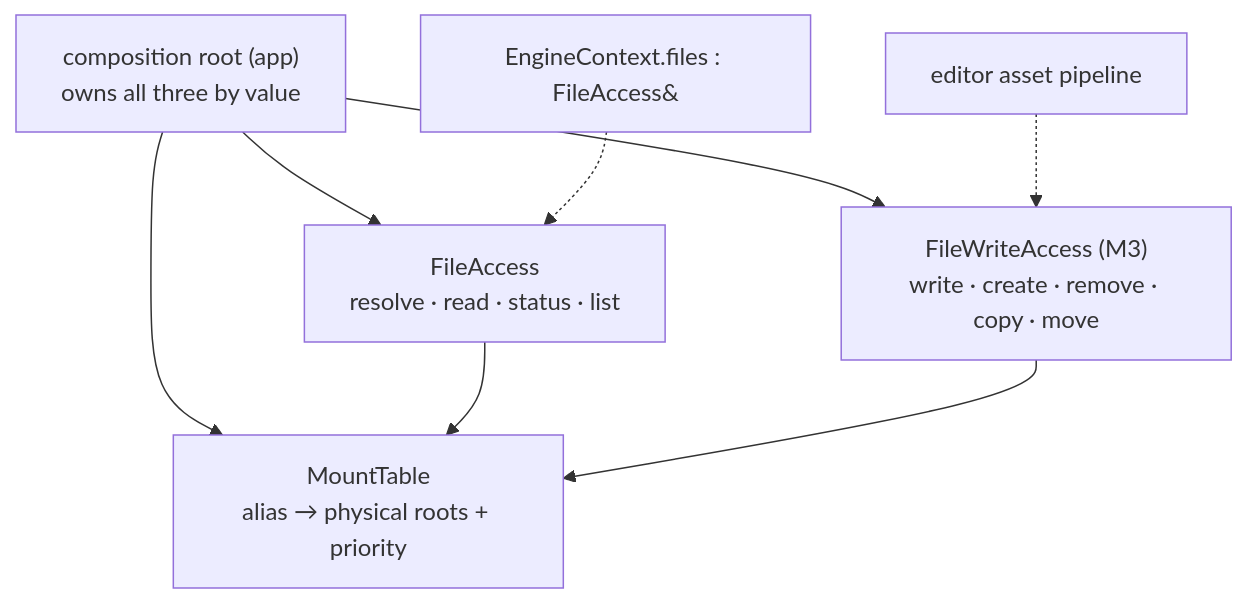
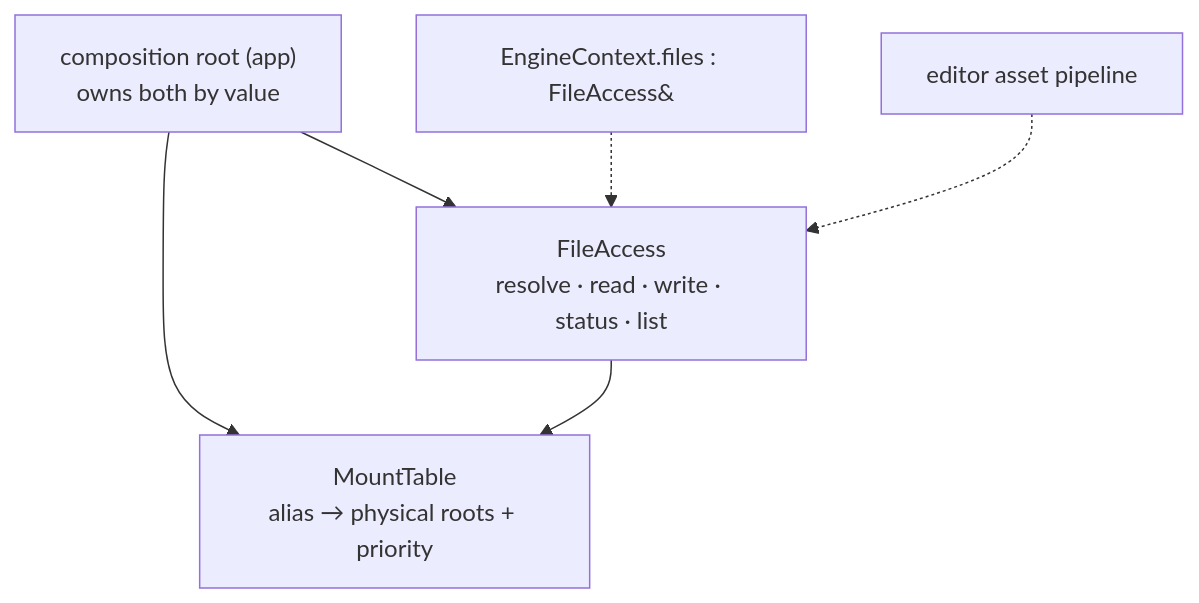
The diagram in 04 Design Docs/Utilities/File Access — Design.md (techattackteam/TechEngine-vault), drawn with Mermaid before and after one commit. The commit also changed other lines of this file and 6 other files, not shown here.

````diff
--- a/04 Design Docs/Utilities/File Access — Design.md
+++ b/04 Design Docs/Utilities/File Access — Design.md
@@ -70,16 +66,14 @@
 ```mermaid
 flowchart TB
-  root["composition root (app)<br/>owns all three by value"]
+  root["composition root (app)<br/>owns both by value"]
   mt["MountTable<br/>alias → physical roots + priority"]
-  fa["FileAccess<br/>resolve · read · status · list"]
-  fw["FileWriteAccess (M3)<br/>write · create · remove · copy · move"]
+  fa["FileAccess<br/>resolve · read · write · status · list"]
   ec["EngineContext.files : FileAccess&"]
   ed["editor asset pipeline"]
 
-  root --> mt & fa & fw
+  root --> mt & fa
   fa --> mt
-  fw --> mt
   ec -.-> fa
-  ed -.-> fw
+  ed -.-> fa
   %% solid = owns, dashed = holds a non-owning ref
 ```
````
